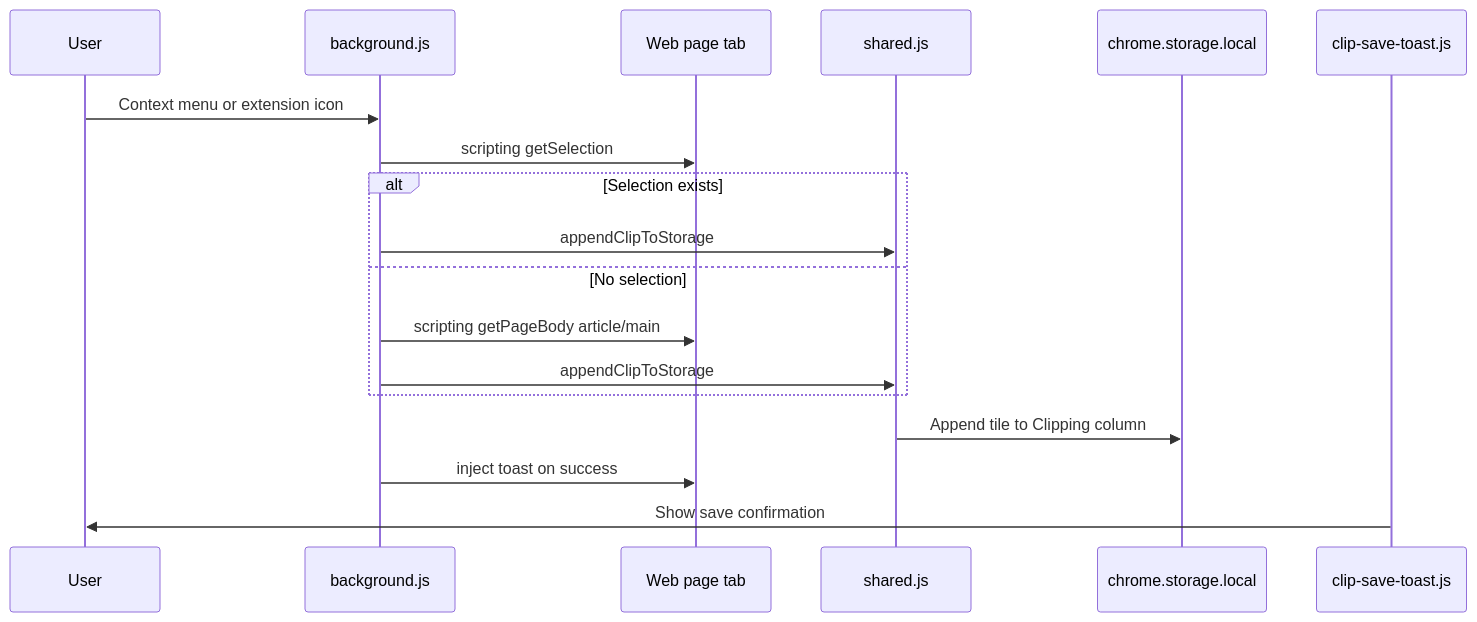
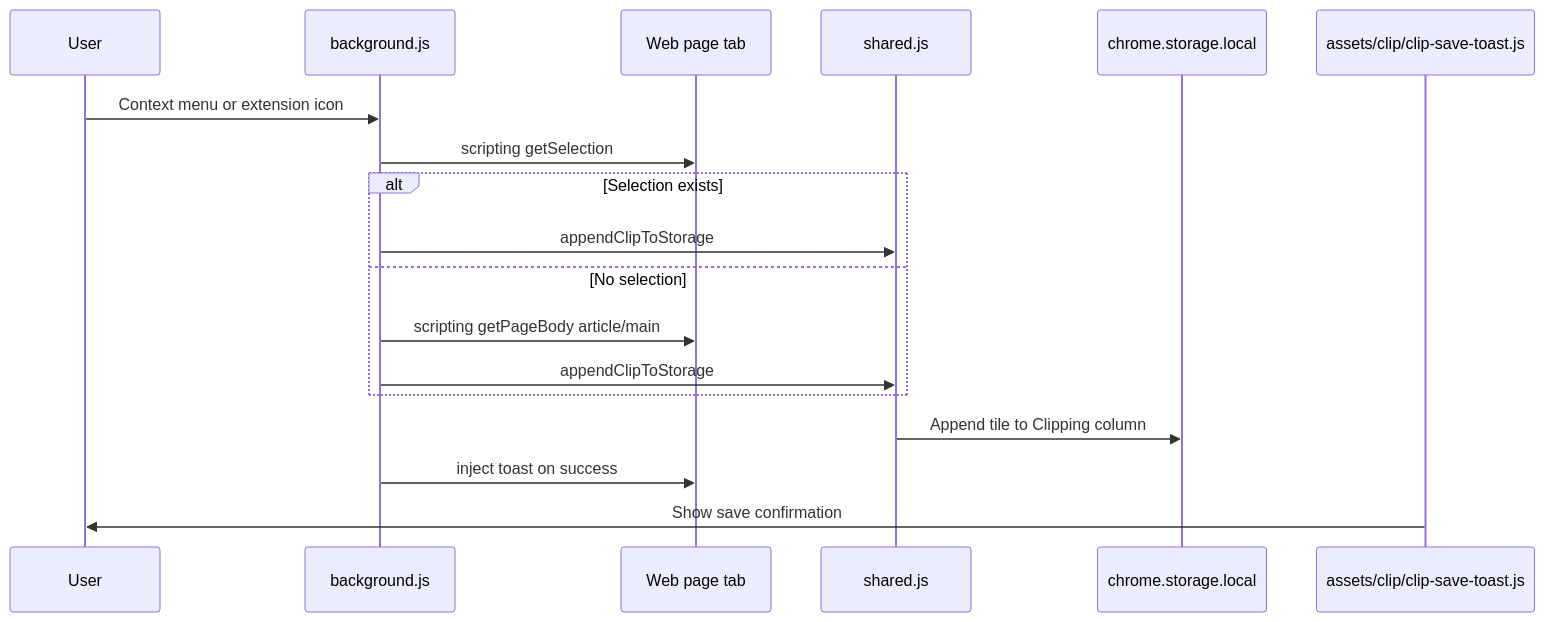
The fourth of 5 diagrams in README.md (ktaishi/chrome_newtab_prompt_columns), drawn with Mermaid before and after one commit. The commit also changed other lines of this file and 10 other files, not shown here.

````diff
--- a/README.md
+++ b/README.md
@@ -179,21 +179,21 @@
 ```mermaid
 sequenceDiagram
   participant User
   participant BG as background.js
   participant Tab as Web page tab
   participant Shared as shared.js
   participant Store as chrome.storage.local
-  participant Toast as clip-save-toast.js
+  participant Toast as assets/clip/clip-save-toast.js
 
   User->>BG: Context menu or extension icon
   BG->>Tab: scripting getSelection
   alt Selection exists
     BG->>Shared: appendClipToStorage
   else No selection
     BG->>Tab: scripting getPageBody article/main
     BG->>Shared: appendClipToStorage
   end
   Shared->>Store: Append tile to Clipping column
   BG->>Tab: inject toast on success
   Toast->>User: Show save confirmation
 ```
````
